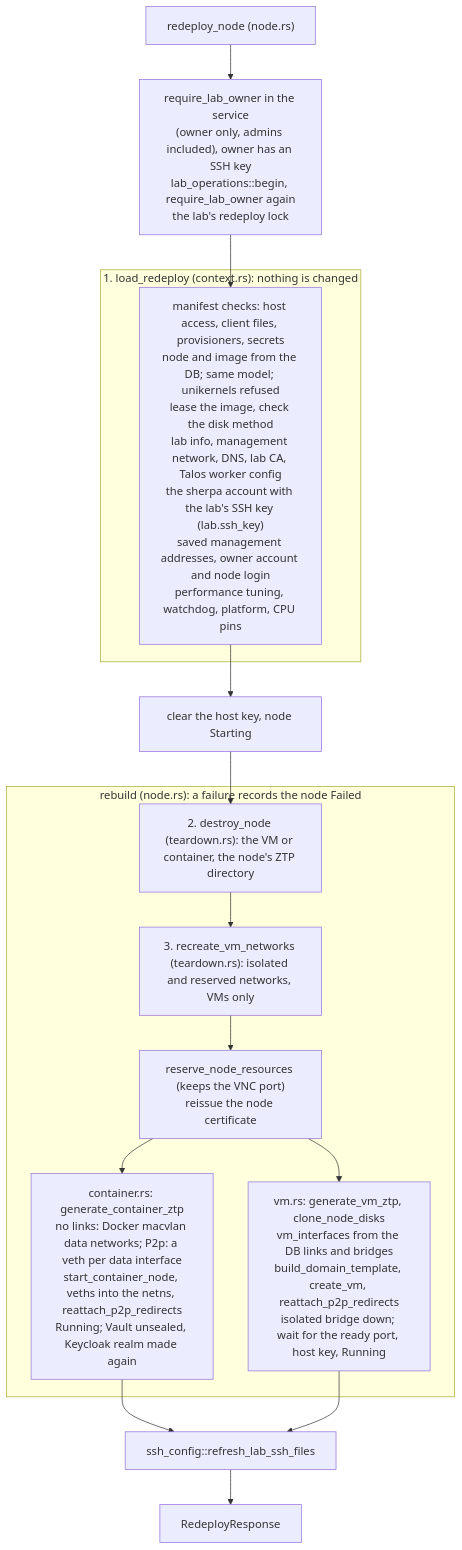
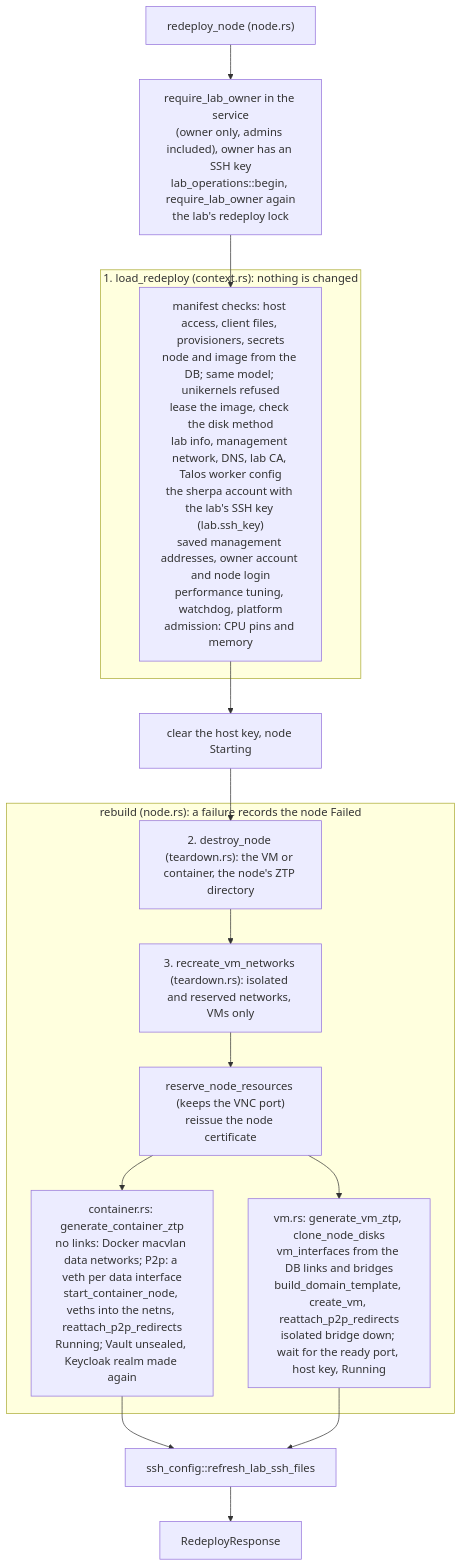
Before and after one commit to bwks/sherpa: diagram 16 of 26 in docs/architecture/SERVER.md, drawn with Mermaid. The commit also changed other lines of this file and 34 other files, not shown here.

First line of the commit message:
fix(server): refuse nodes that do not fit in host memory (behaviour change: up, redeploy and resume now refuse; see [host_memory] in sherpa.toml)

````diff
--- a/docs/architecture/SERVER.md
+++ b/docs/architecture/SERVER.md
@@ -719,19 +757,19 @@
 ```mermaid
 flowchart TB
     request["redeploy_node (node.rs)"] --> owner["require_lab_owner in the service<br/>(owner only, admins included), owner has an SSH key<br/>lab_operations::begin, require_lab_owner again<br/>the lab's redeploy lock"]
     owner --> load
     subgraph stage1["1. load_redeploy (context.rs): nothing is changed"]
-        load["manifest checks: host access, client files, provisioners, secrets<br/>node and image from the DB; same model; unikernels refused<br/>lease the image, check the disk method<br/>lab info, management network, DNS, lab CA, Talos worker config<br/>the sherpa account with the lab's SSH key (lab.ssh_key)<br/>saved management addresses, owner account and node login<br/>performance tuning, watchdog, platform, CPU pins"]
+        load["manifest checks: host access, client files, provisioners, secrets<br/>node and image from the DB; same model; unikernels refused<br/>lease the image, check the disk method<br/>lab info, management network, DNS, lab CA, Talos worker config<br/>the sherpa account with the lab's SSH key (lab.ssh_key)<br/>saved management addresses, owner account and node login<br/>performance tuning, watchdog, platform<br/>admission: CPU pins and memory"]
     end
     load --> starting["clear the host key, node Starting"]
     starting --> destroy
     subgraph rebuild["rebuild (node.rs): a failure records the node Failed"]
         destroy["2. destroy_node (teardown.rs): the VM or container, the node's ZTP directory"] --> vmnets["3. recreate_vm_networks (teardown.rs): isolated and reserved networks, VMs only"]
         vmnets --> resources["reserve_node_resources (keeps the VNC port)<br/>reissue the node certificate"]
         resources --> ctr["container.rs: generate_container_ztp<br/>no links: Docker macvlan data networks; P2p: a veth per data interface<br/>start_container_node, veths into the netns, reattach_p2p_redirects<br/>Running; Vault unsealed, Keycloak realm made again"]
         resources --> vm["vm.rs: generate_vm_ztp, clone_node_disks<br/>vm_interfaces from the DB links and bridges<br/>build_domain_template, create_vm, reattach_p2p_redirects<br/>isolated bridge down; wait for the ready port, host key, Running"]
     end
     ctr --> ssh["ssh_config::refresh_lab_ssh_files"]
     vm --> ssh
     ssh --> stream["RedeployResponse"]
 ```
````
